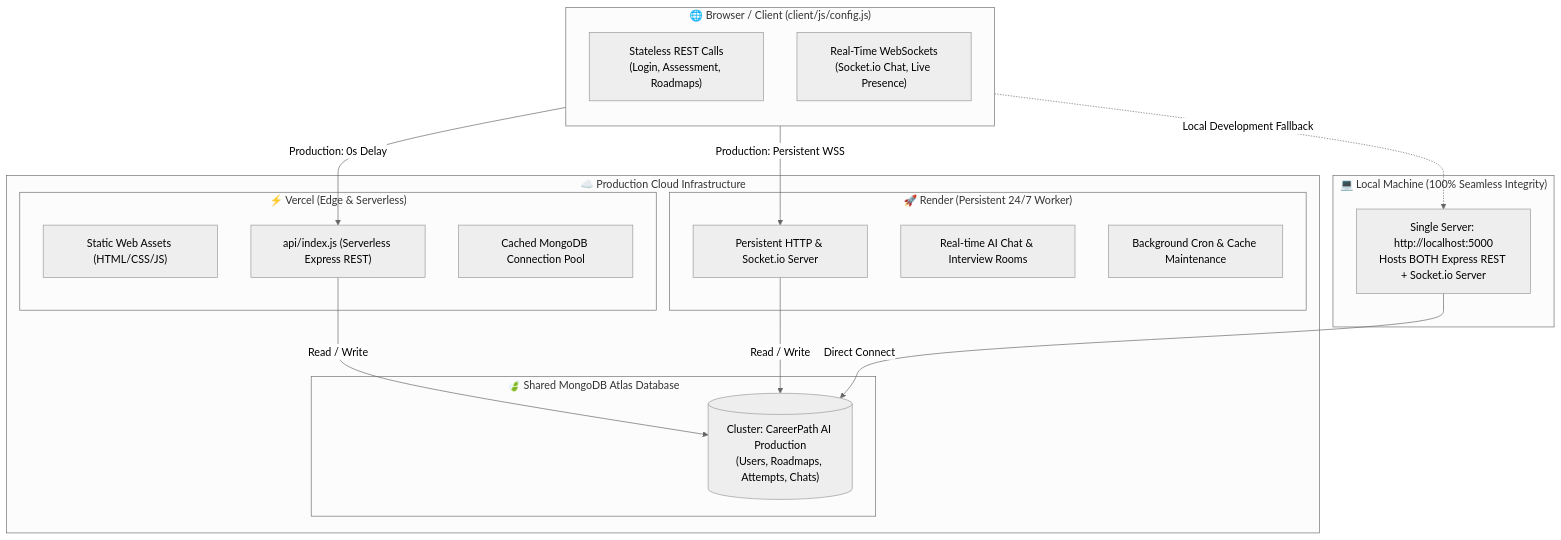
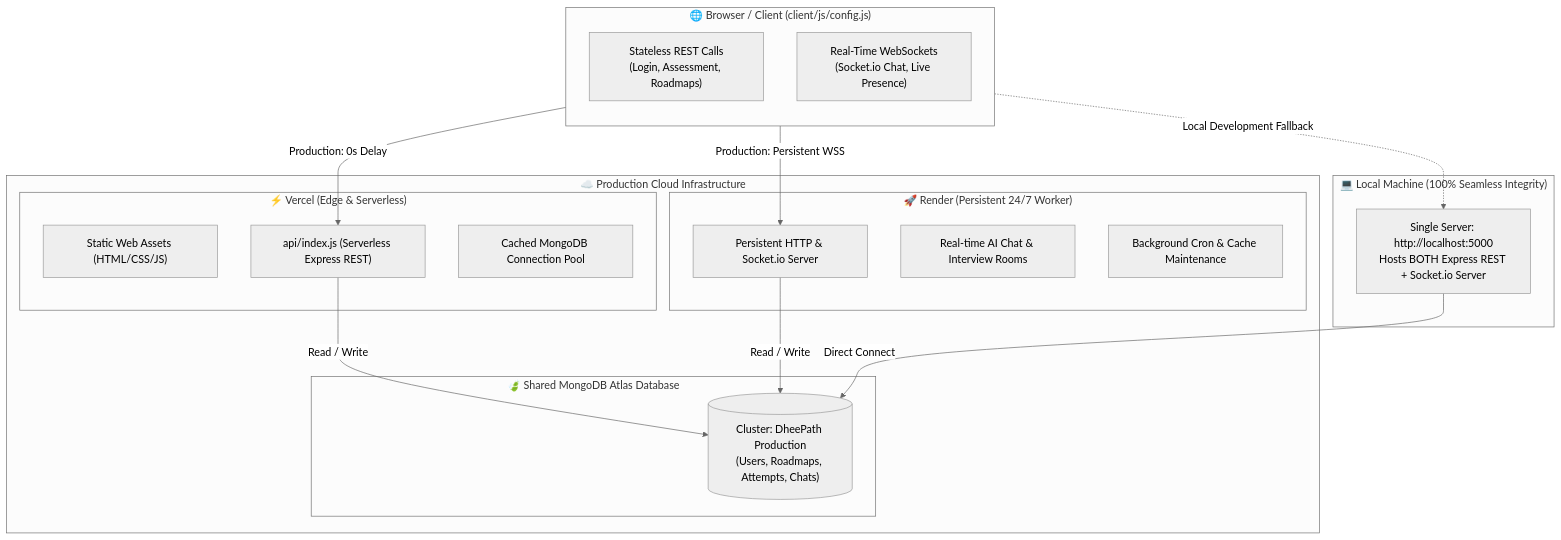
The diagram in plans/hybrid_backend_architecture_plan.md (parthpatil1234p-svg/careerpath-ai), drawn with Mermaid (neutral theme) before and after one commit. The commit also changed other lines of this file and 240 other files, not shown here.

Commit message:
feat(rebrand): rename platform from CareerPath AI to DheePath across full stack

````diff
--- a/plans/hybrid_backend_architecture_plan.md
+++ b/plans/hybrid_backend_architecture_plan.md
@@ -25,37 +25,37 @@
 ```mermaid
 flowchart TD
     subgraph Client["🌐 Browser / Client (client/js/config.js)"]
         direction TB
         C1["Stateless REST Calls<br/>(Login, Assessment, Roadmaps)"]
         C2["Real-Time WebSockets<br/>(Socket.io Chat, Live Presence)"]
     end
 
     subgraph ProductionCloud["☁️ Production Cloud Infrastructure"]
         subgraph Vercel["⚡ Vercel (Edge & Serverless)"]
             V1["Static Web Assets (HTML/CSS/JS)"]
             V2["api/index.js (Serverless Express REST)"]
             V3["Cached MongoDB Connection Pool"]
         end
 
         subgraph Render["🚀 Render (Persistent 24/7 Worker)"]
             R1["Persistent HTTP & Socket.io Server"]
             R2["Real-time AI Chat & Interview Rooms"]
             R3["Background Cron & Cache Maintenance"]
         end
 
         subgraph SharedDB["🍃 Shared MongoDB Atlas Database"]
-            DB1[("Cluster: CareerPath AI Production<br/>(Users, Roadmaps, Attempts, Chats)")]
+            DB1[("Cluster: DheePath Production<br/>(Users, Roadmaps, Attempts, Chats)")]
         end
     end
 
     subgraph LocalDev["💻 Local Machine (100% Seamless Integrity)"]
         L1["Single Server: http://localhost:5000<br/>Hosts BOTH Express REST + Socket.io Server"]
     end
 
     C1 -->|Production: 0s Delay| V2
     C2 -->|Production: Persistent WSS| R1
     V2 -->|Read / Write| DB1
     R1 -->|Read / Write| DB1
     Client -.->|Local Development Fallback| L1
     L1 -->|Direct Connect| DB1
 ```
````
